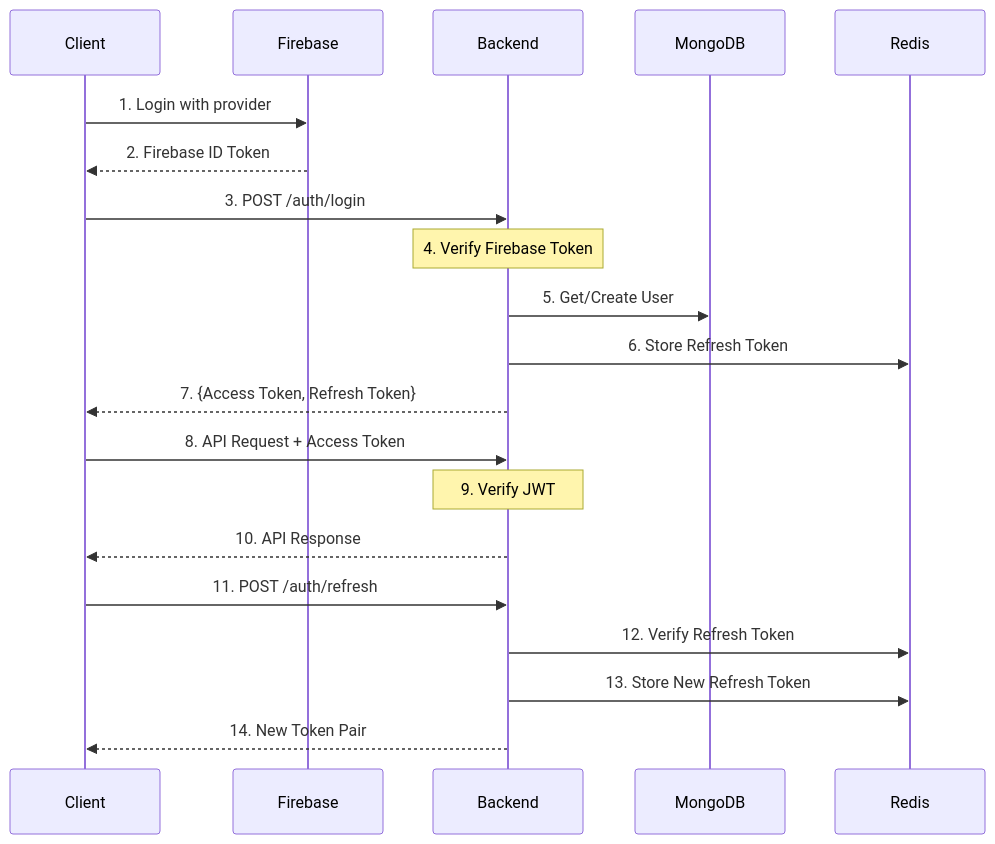
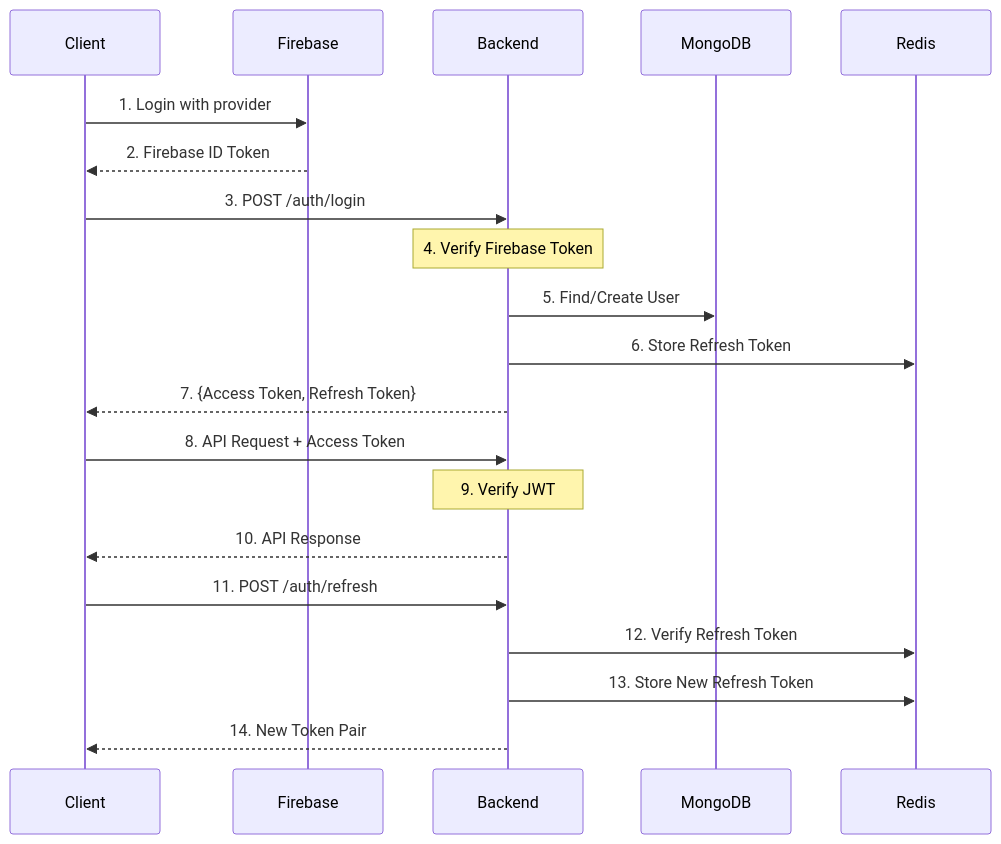
One commit to nat-prohmpiriya/vongga-backend changed the diagram in docs/01_authentication_features.md. Above: the diagram before and after it, drawn with Mermaid. The commit also changed 62 other files, not shown here.

````diff
--- a/docs/01_authentication_features.md
+++ b/docs/01_authentication_features.md
@@ -9,28 +9,28 @@
 ```mermaid
 sequenceDiagram
     participant Client
     participant Firebase
     participant Backend
     participant MongoDB
     participant Redis
 
     %% Login Flow
     Client->>Firebase: 1. Login with provider
     Firebase-->>Client: 2. Firebase ID Token
     Client->>Backend: 3. POST /auth/login
     Note over Backend: 4. Verify Firebase Token
-    Backend->>MongoDB: 5. Get/Create User
+    Backend->>MongoDB: 5. Find/Create User
     Backend->>Redis: 6. Store Refresh Token
     Backend-->>Client: 7. {Access Token, Refresh Token}
 
     %% API Request Flow
     Client->>Backend: 8. API Request + Access Token
     Note over Backend: 9. Verify JWT
     Backend-->>Client: 10. API Response
 
     %% Token Refresh Flow
     Client->>Backend: 11. POST /auth/refresh
     Backend->>Redis: 12. Verify Refresh Token
     Backend->>Redis: 13. Store New Refresh Token
     Backend-->>Client: 14. New Token Pair
 ```
````
